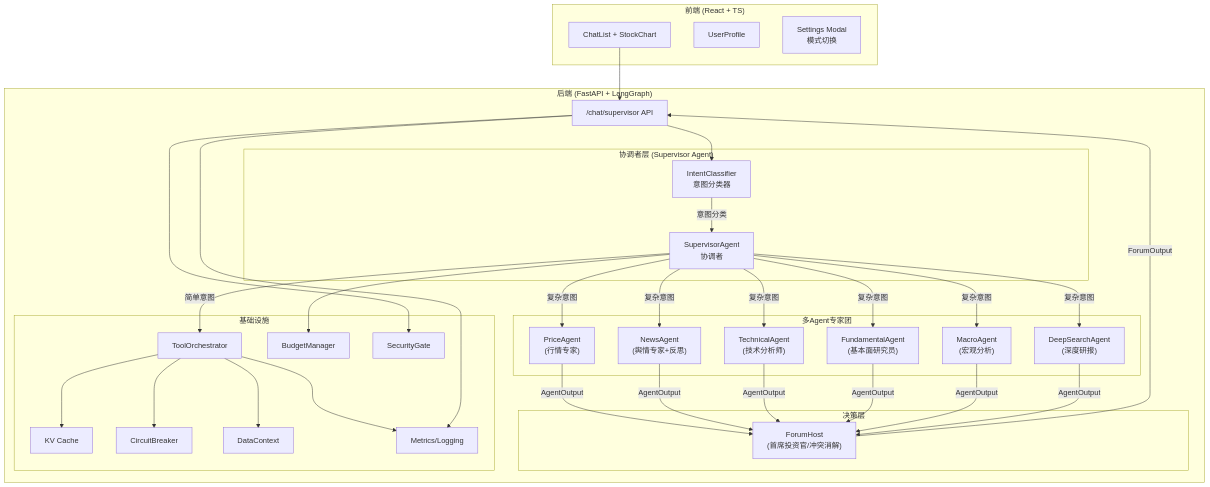
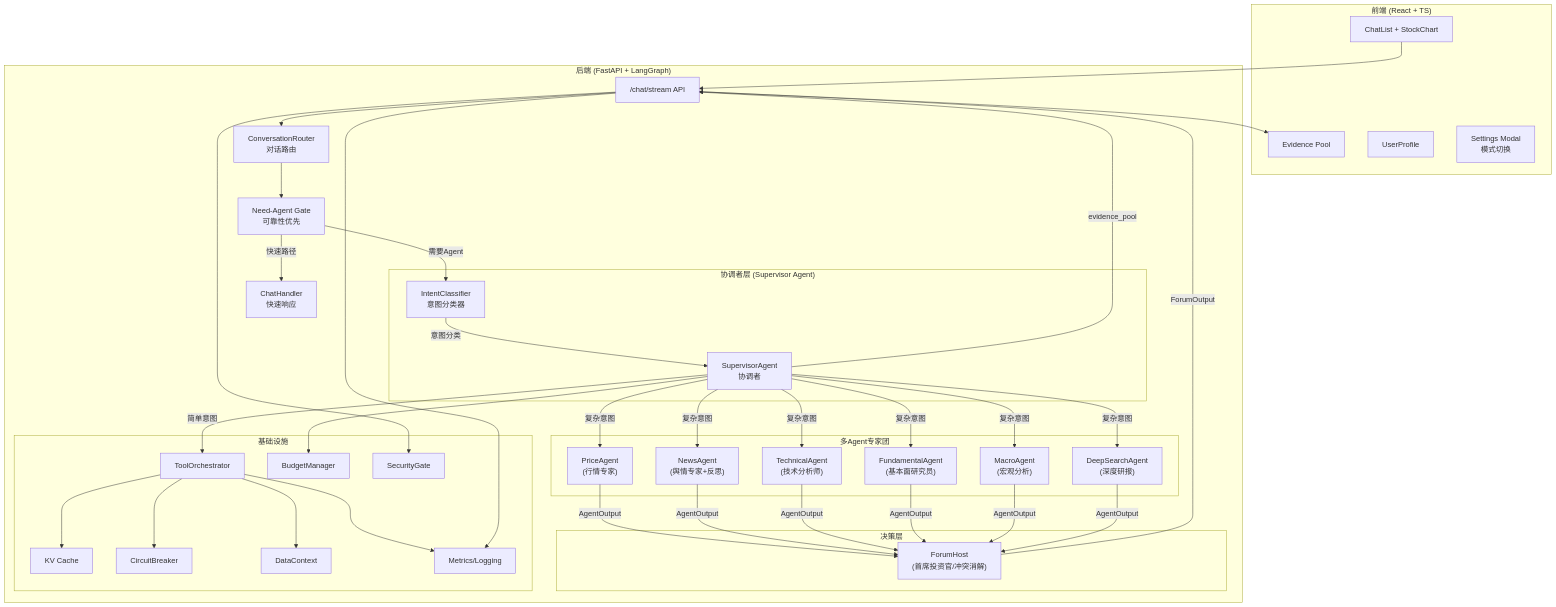
One commit to kkkano/FinSight changed the first of 2 diagrams in docs/01_ARCHITECTURE.md. Above: the diagram before and after it, drawn with Mermaid. The commit also changed other lines of this file and 69 other files, not shown here.

````diff
--- a/docs/01_ARCHITECTURE.md
+++ b/docs/01_ARCHITECTURE.md
@@ -29,69 +34,78 @@
 ```mermaid
 flowchart TB
     subgraph Frontend["前端 (React + TS)"]
         UI["ChatList + StockChart"]
+        EP["Evidence Pool"]
         Profile["UserProfile"]
         Settings["Settings Modal<br/>模式切换"]
     end
 
     subgraph Backend["后端 (FastAPI + LangGraph)"]
-        API["/chat/supervisor API"]
+        API["/chat/stream API"]
+        CR["ConversationRouter<br/>对话路由"]
+        Gate["Need-Agent Gate<br/>可靠性优先"]
+        CH["ChatHandler<br/>快速响应"]
 
         subgraph SupervisorLayer["协调者层 (Supervisor Agent)"]
             IC["IntentClassifier<br/>意图分类器"]
             SA["SupervisorAgent<br/>协调者"]
         end
 
         subgraph Agents["多Agent专家团"]
             PA["PriceAgent<br/>(行情专家)"]
             NA["NewsAgent<br/>(舆情专家+反思)"]
             TA["TechnicalAgent<br/>(技术分析师)"]
             FA["FundamentalAgent<br/>(基本面研究员)"]
             MA["MacroAgent<br/>(宏观分析)"]
             DS["DeepSearchAgent<br/>(深度研报)"]
         end
 
         subgraph Forum["决策层"]
             FH["ForumHost<br/>(首席投资官/冲突消解)"]
         end
 
         subgraph Infrastructure["基础设施"]
             ORC["ToolOrchestrator"]
             Cache["KV Cache"]
             CB["CircuitBreaker"]
             DC["DataContext"]
             BM["BudgetManager"]
             SG["SecurityGate"]
             MET["Metrics/Logging"]
         end
     end
 
     %% Data Flow
     UI --> API
-    API --> IC
+    API --> CR
+    CR --> Gate
+    Gate -->|快速路径| CH
+    Gate -->|需要Agent| IC
     IC -->|意图分类| SA
     SA -->|简单意图| ORC
     SA -->|复杂意图| PA
     SA -->|复杂意图| NA
     SA -->|复杂意图| TA
     SA -->|复杂意图| FA
     SA -->|复杂意图| MA
     SA -->|复杂意图| DS
 
     PA -->|AgentOutput| FH
     NA -->|AgentOutput| FH
     TA -->|AgentOutput| FH
     FA -->|AgentOutput| FH
     MA -->|AgentOutput| FH
     DS -->|AgentOutput| FH
 
     FH -->|ForumOutput| API
+    SA -->|evidence_pool| API
+    API --> EP
     ORC --> Cache
     ORC --> CB
     ORC --> DC
     SA --> BM
     API --> SG
     ORC --> MET
     API --> MET
 
 ```
````
